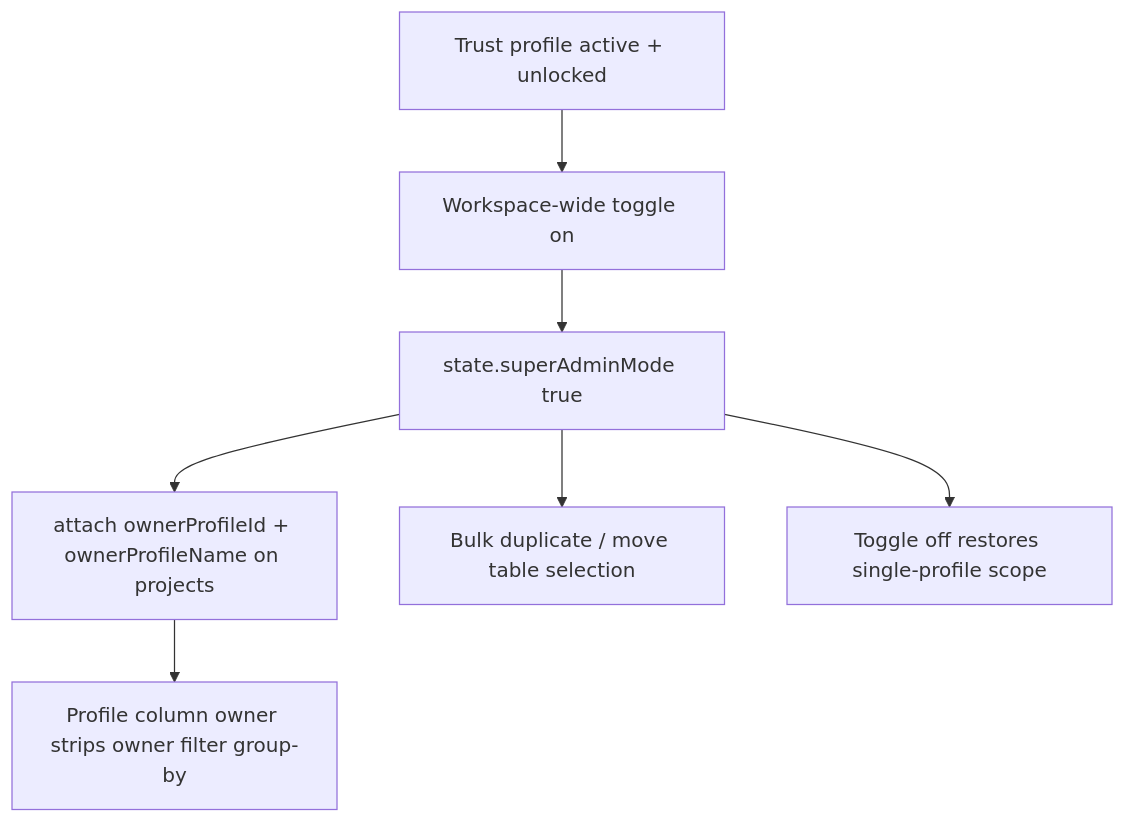
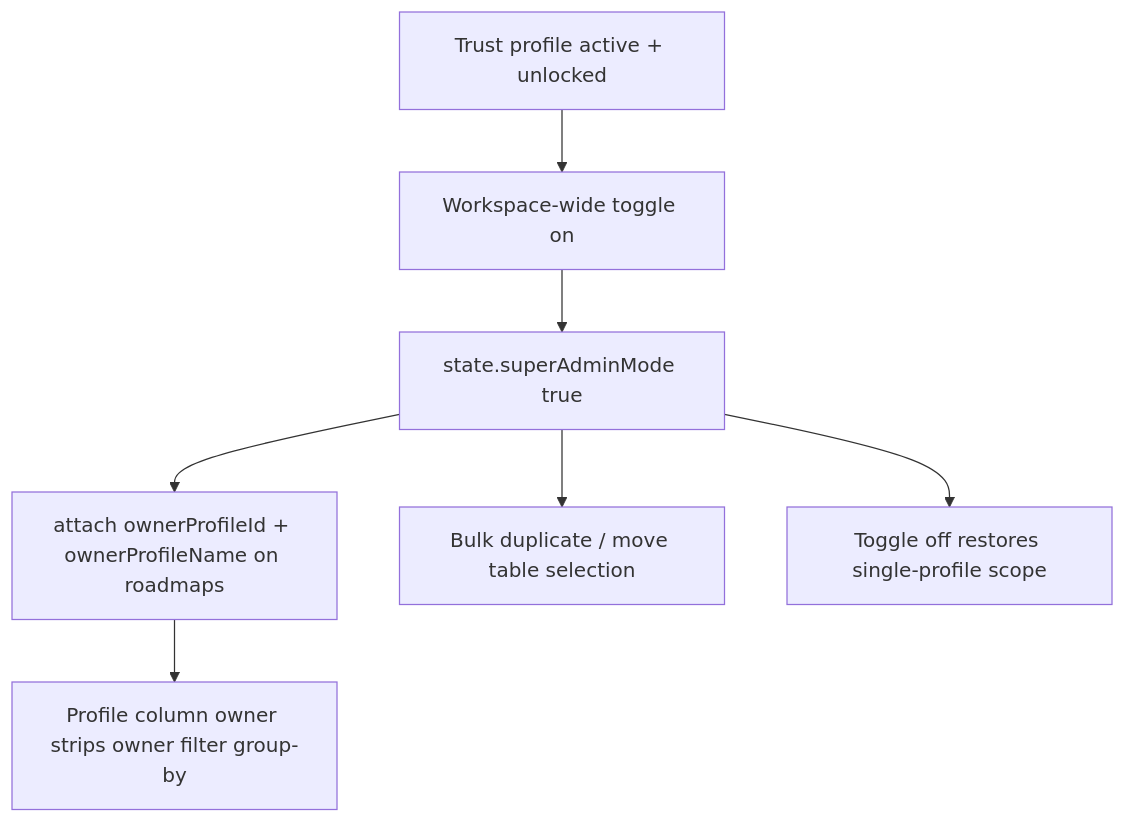
Before and after one commit to RifqiMT/pm-prioritization-tool: the ninth of 14 diagrams in docs/VARIABLES.md, drawn with Mermaid. The commit also changed other lines of this file and 59 other files, not shown here.

First line of the commit message:
feat(ui193): rename Project→Roadmap, add KANO portfolio view, and full docs sync

````diff
--- a/docs/VARIABLES.md
+++ b/docs/VARIABLES.md
@@ -322,9 +332,9 @@
 ```mermaid
 flowchart TD
   TRUST[Trust profile active + unlocked] --> TOG[Workspace-wide toggle on]
   TOG --> FLAG[state.superAdminMode true]
-  FLAG --> META[attach ownerProfileId + ownerProfileName on projects]
+  FLAG --> META[attach ownerProfileId + ownerProfileName on roadmaps]
   META --> UI[Profile column owner strips owner filter group-by]
   FLAG --> BULK[Bulk duplicate / move table selection]
   FLAG --> OFF[Toggle off restores single-profile scope]
 ```
````
